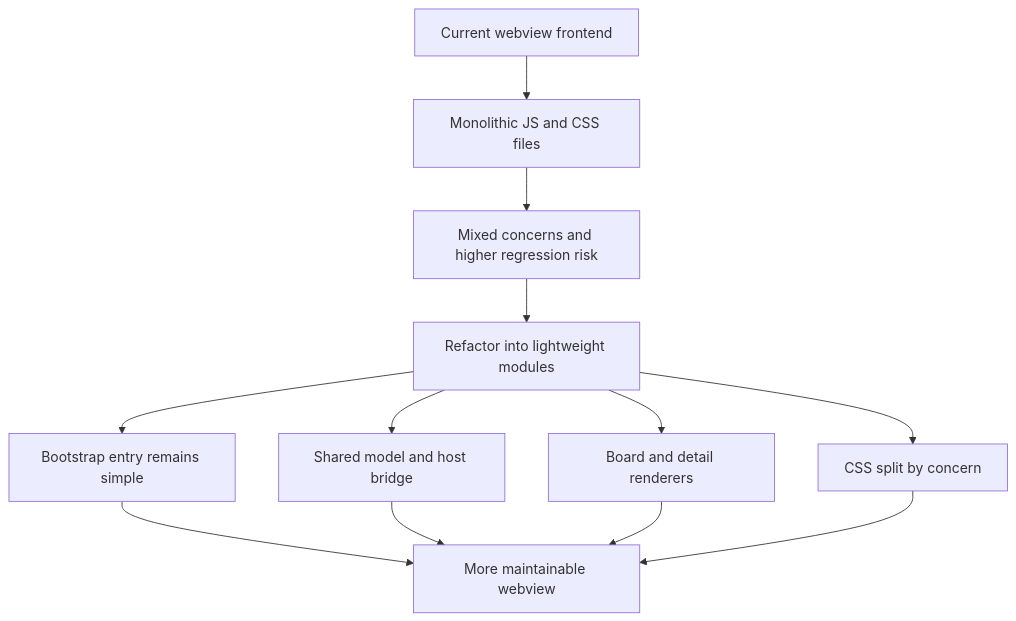
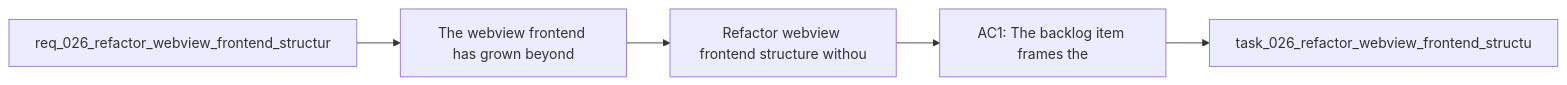
One commit to AlexAgo83/logics-manager changed the diagram in logics/backlog/item_032_refactor_webview_frontend_structure_without_introducing_a_full_framework.md. Above: the diagram before and after it, drawn with Mermaid. The commit also changed other lines of this file and 481 other files, not shown here.

````diff
--- a/logics/backlog/item_032_refactor_webview_frontend_structure_without_introducing_a_full_framework.md
+++ b/logics/backlog/item_032_refactor_webview_frontend_structure_without_introducing_a_full_framework.md
@@ -30,15 +30,9 @@
 ```mermaid
+%% logics-kind: backlog
 %% logics-signature: backlog|refactor-webview-frontend-structure-with|req-026-refactor-webview-frontend-struct|the-webview-frontend-has-grown-beyond|ac1-the-backlog-item-frames-the
-flowchart TD
-    A[Current webview frontend] --> B[Monolithic JS and CSS files]
-    B --> C[Mixed concerns and higher regression risk]
-    C --> D[Refactor into lightweight modules]
-    D --> E[Bootstrap entry remains simple]
-    D --> F[Shared model and host bridge]
-    D --> G[Board and detail renderers]
-    D --> H[CSS split by concern]
-    E --> I[More maintainable webview]
-    F --> I
-    G --> I
-    H --> I
+flowchart LR
+    Request[req_026_refactor_webview_frontend_structur] --> Problem[The webview frontend has grown beyond]
+    Problem --> Scope[Refactor webview frontend structure withou]
+    Scope --> Acceptance[AC1: The backlog item frames the]
+    Acceptance --> Tasks[task_026_refactor_webview_frontend_structu]
 ```
````
